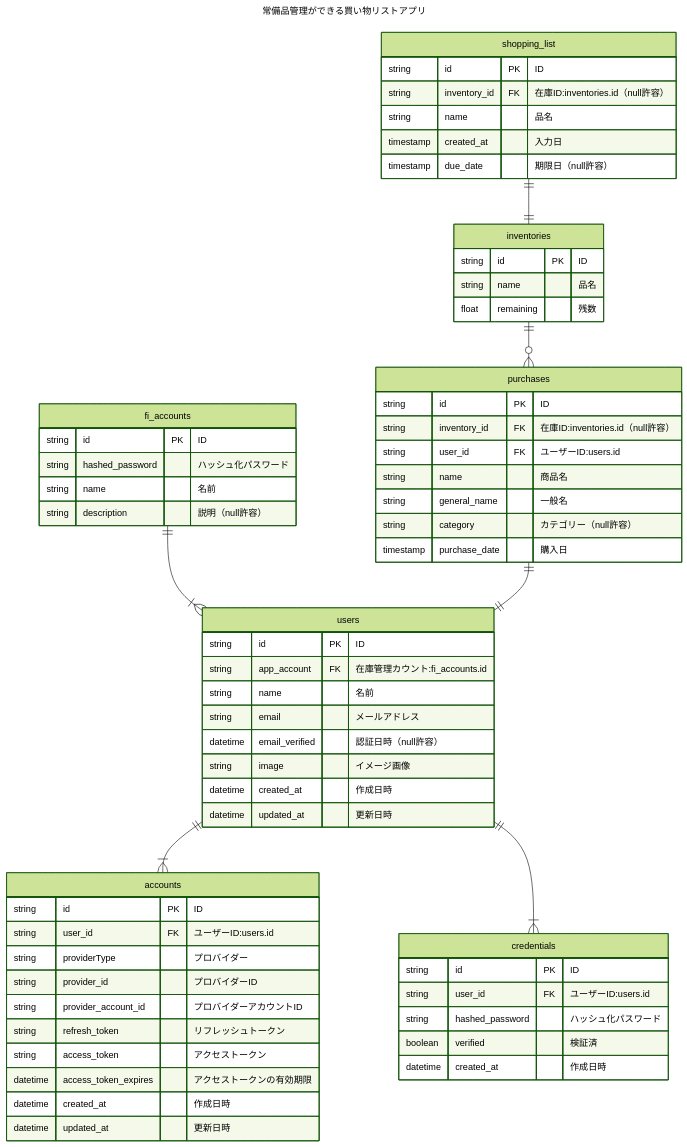
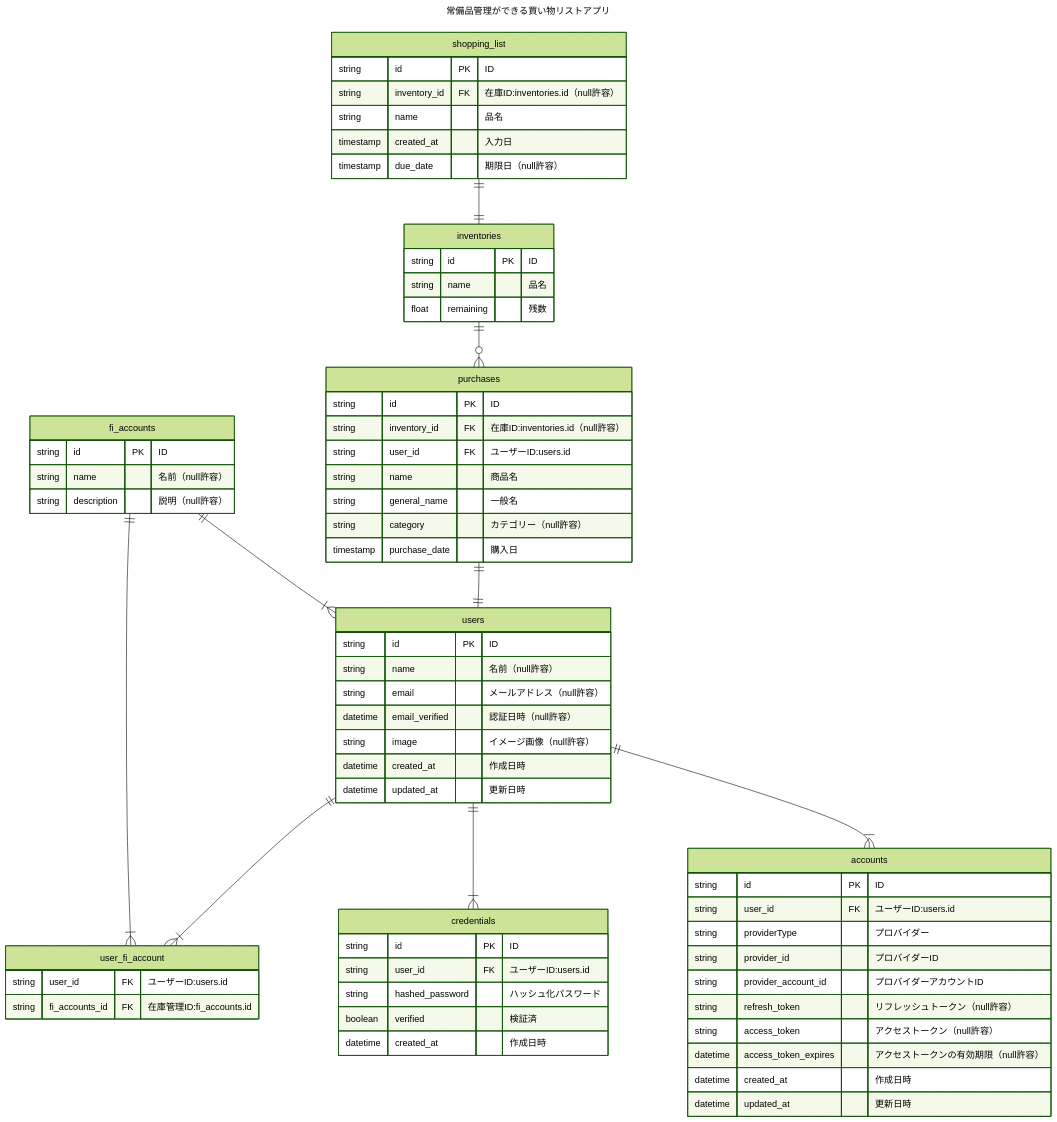
Before and after one commit to kurutto/fridge-inventory: the diagram in doc/fridge-inventory.md, drawn with Mermaid (forest theme).

Commit message:
1ユーザーがfi_accountを複数持つようにするためuserとfi_accountの中間テーブルを用意

````diff
--- a/doc/fridge-inventory.md
+++ b/doc/fridge-inventory.md
@@ -5,70 +5,74 @@
 ```mermaid
 ---
 title: "常備品管理ができる買い物リストアプリ"
 ---
 erDiagram
 
     users ||--|{ accounts : ""
     users ||--|{ credentials : ""
     fi_accounts ||--|{ users : ""
+    users ||--|{ user_fi_account : ""
+    fi_accounts ||--|{ user_fi_account : ""
     inventories ||--o{ purchases : ""
     purchases ||--|| users : ""
     shopping_list ||--|| inventories : ""
 
     accounts {
         string id PK "ID"
         string user_id FK "ユーザーID:users.id"
         string providerType "プロバイダー"
         string provider_id "プロバイダーID"
         string provider_account_id "プロバイダーアカウントID"
-        string refresh_token "リフレッシュトークン"
-        string access_token "アクセストークン"
-        datetime access_token_expires "アクセストークンの有効期限"
+        string refresh_token "リフレッシュトークン（null許容）"
+        string access_token "アクセストークン（null許容）"
+        datetime access_token_expires "アクセストークンの有効期限（null許容）"
         datetime created_at "作成日時"
         datetime updated_at "更新日時"
     }
     users {
         string id PK "ID"
-        string app_account FK "在庫管理カウント:fi_accounts.id"
-        string name "名前"
-        string email "メールアドレス"
+        string name "名前（null許容）"
+        string email "メールアドレス（null許容）"
         datetime email_verified "認証日時（null許容）"
-        string image "イメージ画像"
+        string image "イメージ画像（null許容）"
         datetime created_at "作成日時"
         datetime updated_at "更新日時"
     }
     credentials{
         string id PK "ID"
         string user_id FK "ユーザーID:users.id"
         string hashed_password "ハッシュ化パスワード"
         boolean verified "検証済"
         datetime created_at "作成日時"
     }
+    user_fi_account{
+        string user_id FK "ユーザーID:users.id"
+        string fi_accounts_id FK "在庫管理ID:fi_accounts.id"
+    }
     fi_accounts {
         string id PK "ID"
-        string hashed_password "ハッシュ化パスワード"
-        string name "名前"
+        string name "名前（null許容）"
         string description "説明（null許容）"
     }
     inventories {
         string id PK "ID"
         string name "品名"
         float remaining "残数"
     }
     purchases {
         string id PK "ID"
         string inventory_id FK "在庫ID:inventories.id（null許容）"
         string user_id FK "ユーザーID:users.id"
         string name "商品名"
         string general_name "一般名"
         string category "カテゴリー（null許容）"
         timestamp purchase_date "購入日"
     }
     shopping_list {
         string id PK "ID"
         string inventory_id FK "在庫ID:inventories.id（null許容）"
         string name "品名"
         timestamp created_at "入力日"
         timestamp due_date "期限日（null許容）"
     }
 ```
````
